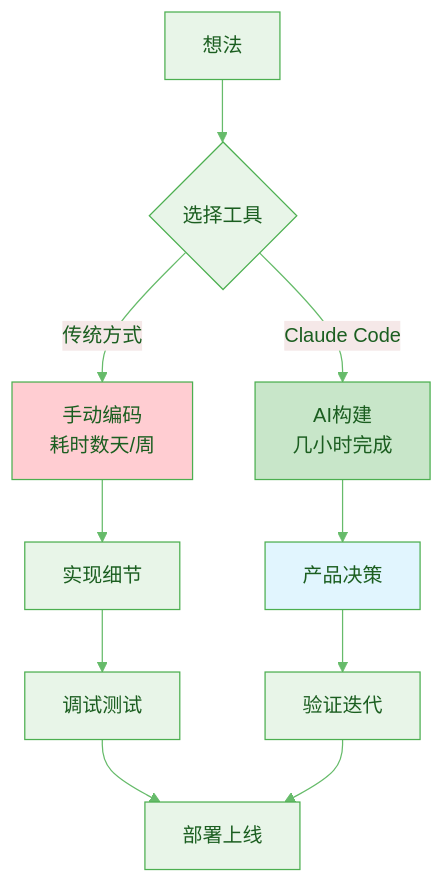
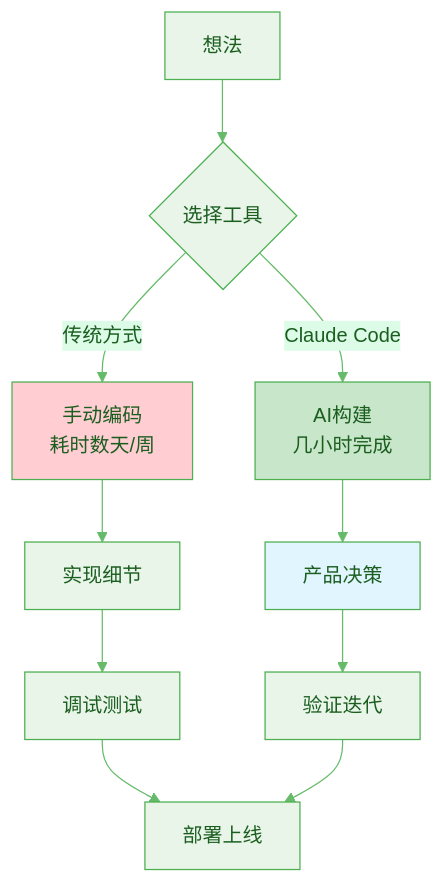
The fifth of 19 diagrams in docs/claude/ClaudeCodeAI编程完全指南.md (microwind/ai-skills), drawn with Mermaid before and after one commit. The commit also changed other lines of this file and 1 other file, not shown here.

````diff
--- a/docs/claude/ClaudeCodeAI编程完全指南.md
+++ b/docs/claude/ClaudeCodeAI编程完全指南.md
@@ -110,20 +139,20 @@
 ```mermaid
-%%{init: {'theme': 'base', 'themeVariables': { 'primaryColor': '#e8f5e8', 'primaryTextColor': '#1b5e20', 'primaryBorderColor': '#4caf50', 'lineColor': '#66bb6a', 'fillType0': '#c8e6c9', 'fillType1': '#a5d6a7', 'fillType2': '#81c784' }}}%%
+%%{init: {'theme': 'base', 'themeVariables': { 'background': '#f0fdf4', 'secondaryColor': '#dcfce7', 'tertiaryColor': '#bbf7d0', 'primaryColor': '#e8f5e8', 'primaryTextColor': '#1b5e20', 'primaryBorderColor': '#4caf50', 'lineColor': '#66bb6a', 'fillType0': '#c8e6c9', 'fillType1': '#a5d6a7', 'fillType2': '#81c784' }}}%%
 flowchart TD
     A[想法] --> B{选择工具}
     B -->|传统方式| C[手动编码<br>耗时数天/周]
     B -->|Claude Code| D[AI构建<br>几小时完成]
     
     C --> E[实现细节]
     D --> F[产品决策]
     
     E --> G[调试测试]
     F --> H[验证迭代]
     
     G --> I[部署上线]
     H --> I
     
     style C fill:#ffcdd2
     style D fill:#c8e6c9
     style F fill:#e1f5fe
 ```
````
